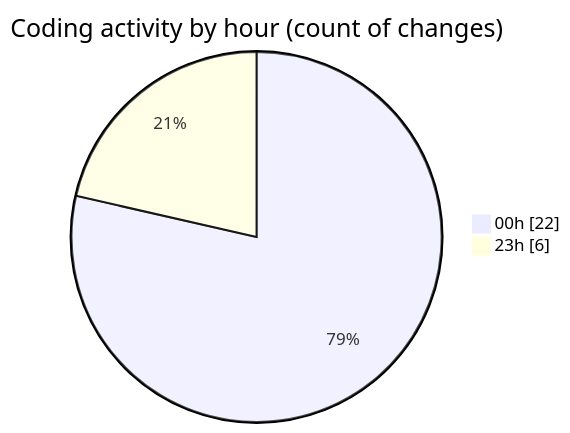
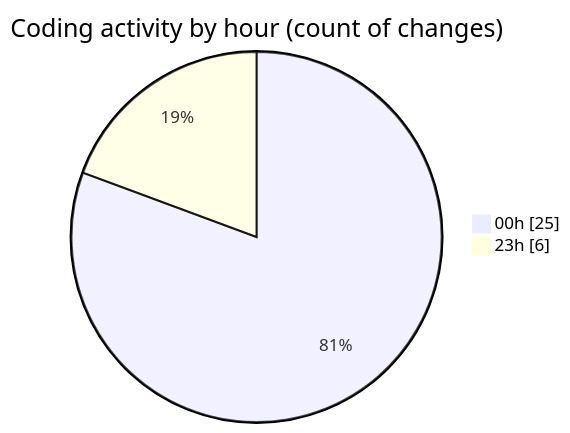
One commit to Netris89/code-tracking changed the second of 2 diagrams in 2025-05-03/date/README.md. Above: the diagram before and after it, drawn with Mermaid. The commit also changed other lines of this file and 1 other file, not shown here.

````diff
--- a/2025-05-03/date/README.md
+++ b/2025-05-03/date/README.md
@@ -36,6 +36,6 @@
 ```mermaid
 pie showData
 title Coding activity by hour (count of changes)
-"00h" : 22
+"00h" : 25
 "23h" : 6
 ```
````
